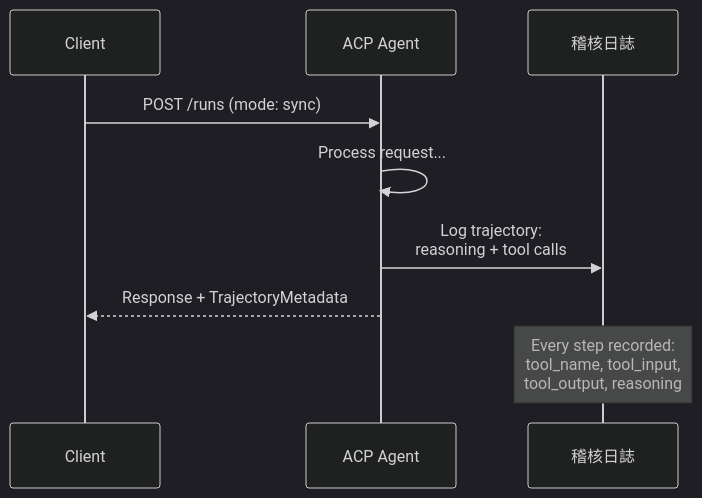
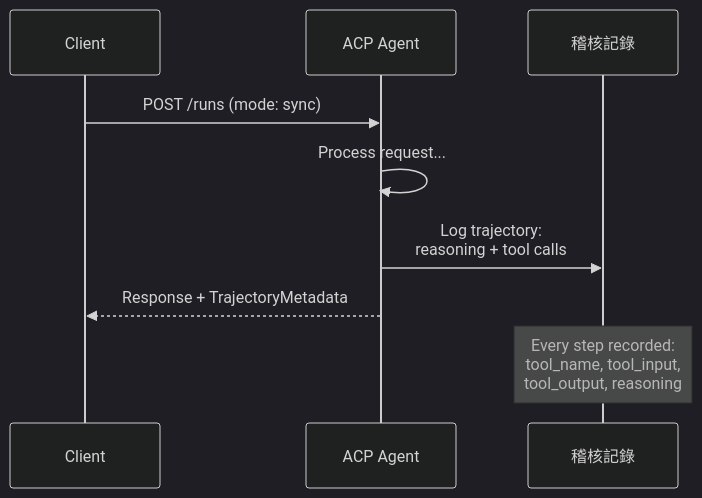
The fifth of 13 diagrams in i18n/zh-TW/phases/16-multi-agent-and-swarms/03-communication-protocols/docs/zh-TW.md (edward821220/ai-engineering-from-scratch), drawn with Mermaid (dark theme) before and after one commit. The commit also changed 2 other files, not shown here.

Commit message:
fix(i18n): zh-TW vol5 r5 residual terms (03, 28, 01)
Self-audit sweep: 稽核日誌->稽核記錄, 運維->維運, 恢復->復原.

````diff
--- a/i18n/zh-TW/phases/16-multi-agent-and-swarms/03-communication-protocols/docs/zh-TW.md
+++ b/i18n/zh-TW/phases/16-multi-agent-and-swarms/03-communication-protocols/docs/zh-TW.md
@@ -279,12 +279,12 @@
 ```mermaid
 sequenceDiagram
     participant Client
     participant ACP as ACP Agent
-    participant Audit as 稽核日誌
+    participant Audit as 稽核記錄
 
     Client->>ACP: POST /runs (mode: sync)
     ACP->>ACP: Process request...
     ACP->>Audit: Log trajectory:<br/>reasoning + tool calls
     ACP-->>Client: Response + TrajectoryMetadata
     Note over Audit: Every step recorded:<br/>tool_name, tool_input,<br/>tool_output, reasoning
 ```
````
